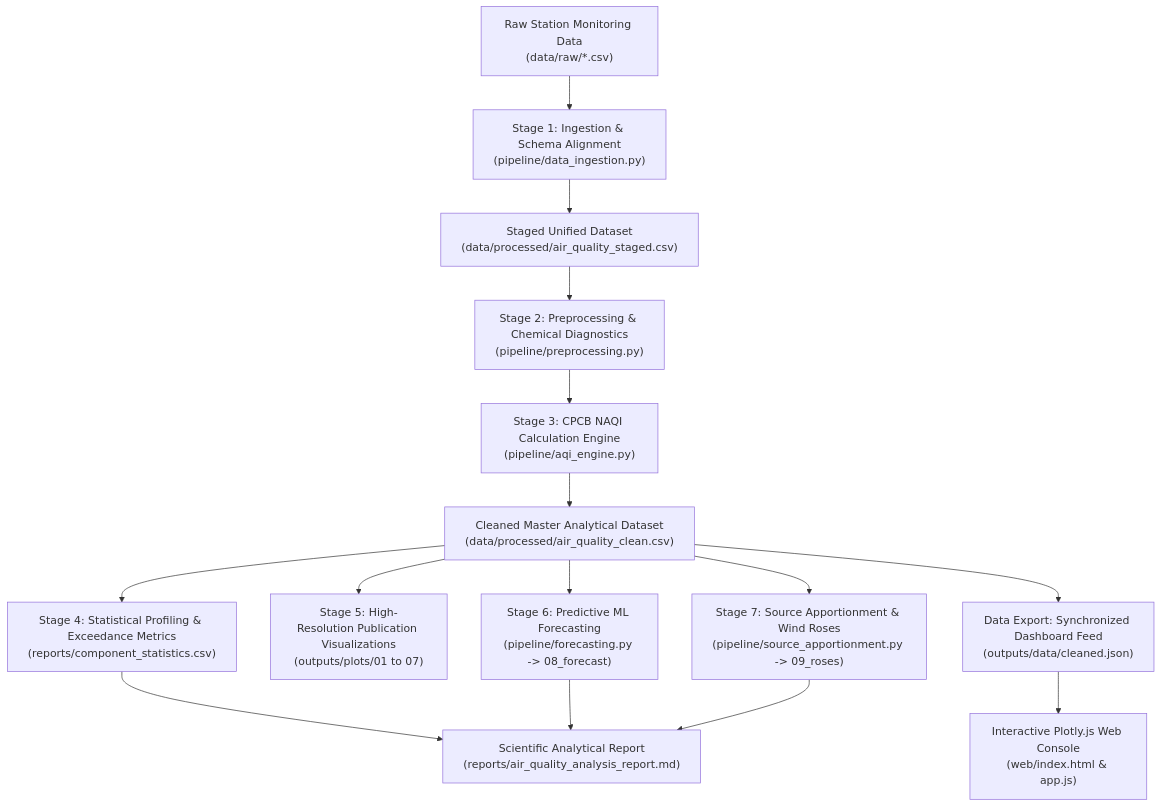
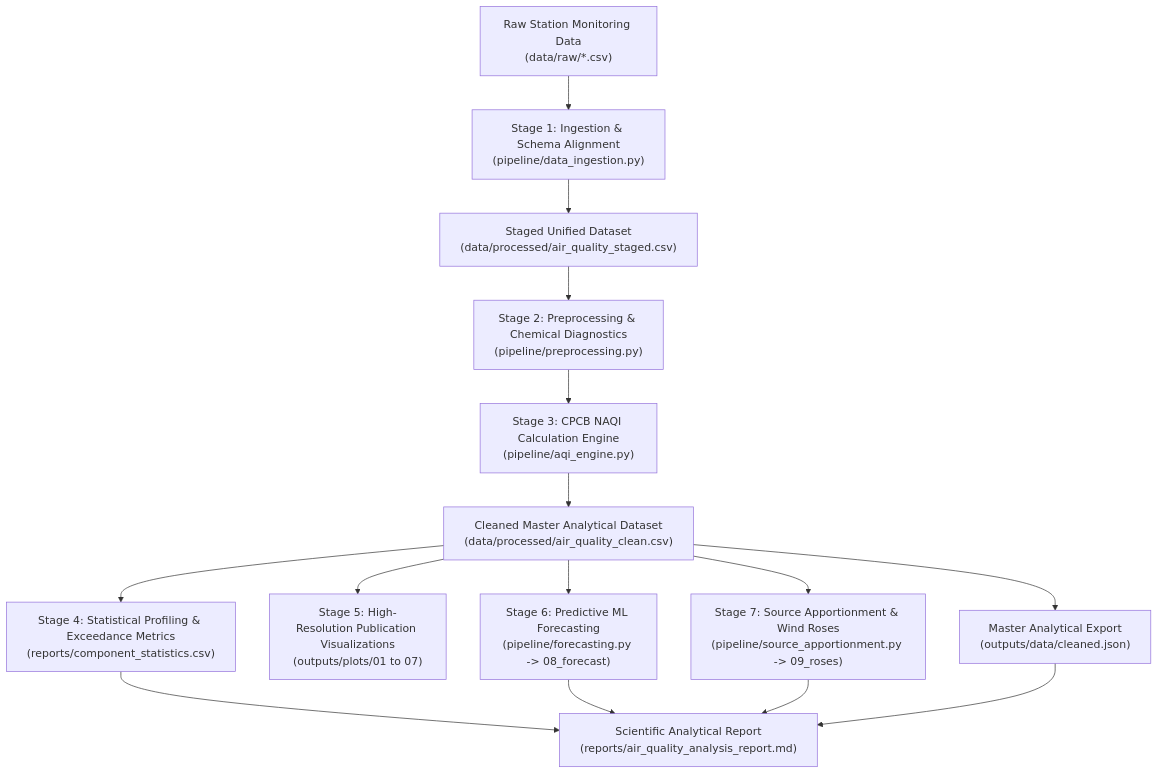
Before and after one commit to avnish36singh-arch/delhi-air_qaulity_cpcb: the diagram in README.md, drawn with Mermaid. The commit also changed other lines of this file and 57 other files, not shown here.

Commit message:
Refactor repository: dedicated strictly to Delhi Air Quality Analysis in Python

````diff
--- a/README.md
+++ b/README.md
@@ -27,17 +27,16 @@
 ```mermaid
 flowchart TD
     A["Raw Station Monitoring Data<br/>(data/raw/*.csv)"] --> B["Stage 1: Ingestion & Schema Alignment<br/>(pipeline/data_ingestion.py)"]
     B --> C["Staged Unified Dataset<br/>(data/processed/air_quality_staged.csv)"]
     C --> D["Stage 2: Preprocessing & Chemical Diagnostics<br/>(pipeline/preprocessing.py)"]
     D --> E["Stage 3: CPCB NAQI Calculation Engine<br/>(pipeline/aqi_engine.py)"]
     E --> F["Cleaned Master Analytical Dataset<br/>(data/processed/air_quality_clean.csv)"]
     
     F --> G["Stage 4: Statistical Profiling & Exceedance Metrics<br/>(reports/component_statistics.csv)"]
     F --> H["Stage 5: High-Resolution Publication Visualizations<br/>(outputs/plots/01 to 07)"]
     F --> I["Stage 6: Predictive ML Forecasting<br/>(pipeline/forecasting.py -> 08_forecast)"]
     F --> J["Stage 7: Source Apportionment & Wind Roses<br/>(pipeline/source_apportionment.py -> 09_roses)"]
     
-    F --> K["Data Export: Synchronized Dashboard Feed<br/>(outputs/data/cleaned.json)"]
-    K --> L["Interactive Plotly.js Web Console<br/>(web/index.html & app.js)"]
-    G & I & J --> M["Scientific Analytical Report<br/>(reports/air_quality_analysis_report.md)"]
+    F --> K["Master Analytical Export<br/>(outputs/data/cleaned.json)"]
+    G & I & J & K --> M["Scientific Analytical Report<br/>(reports/air_quality_analysis_report.md)"]
 ```
````
